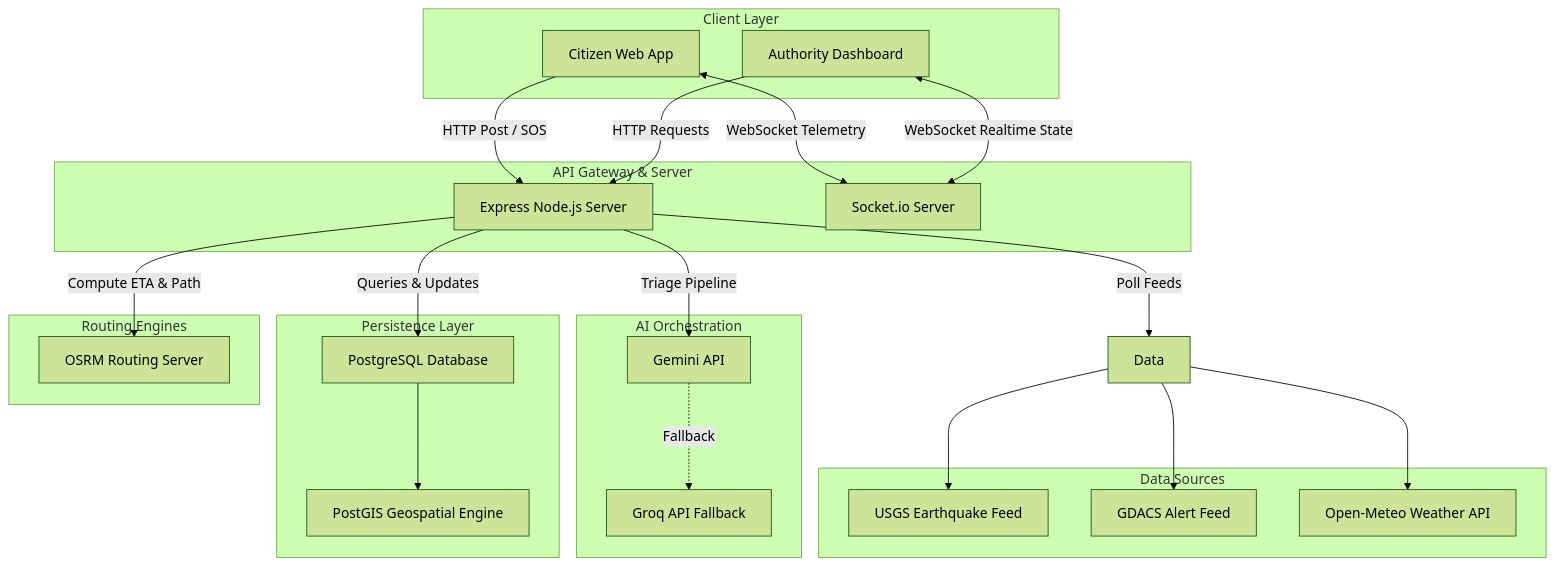
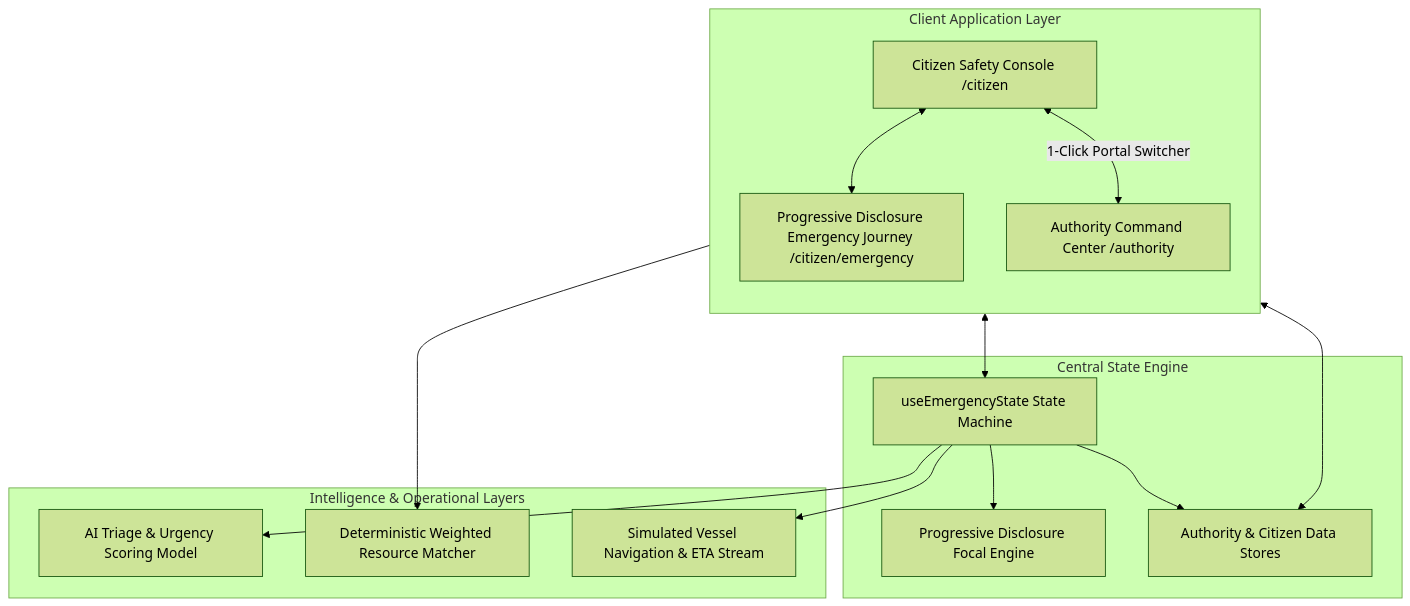
One commit to pritesh-4/SIH-2026---SALVUS changed the diagram in docs/ARCHITECTURE.md. Above: the diagram before and after it, drawn with Mermaid (forest theme). The commit also changed other lines of this file and 10 other files, not shown here.

````diff
--- a/docs/ARCHITECTURE.md
+++ b/docs/ARCHITECTURE.md
@@ -7,53 +9,34 @@
 ```mermaid
 graph TB
-    subgraph Client Layer
-        CitizenApp[Citizen Web App]
-        AdminApp[Authority Dashboard]
+    subgraph Client Application Layer
+        direction TB
+        CitizenPortal[Citizen Safety Console /citizen]
+        CitizenEmergency[Progressive Disclosure Emergency Journey /citizen/emergency]
+        AuthorityCenter[Authority Command Center /authority]
+
+        CitizenPortal <--> CitizenEmergency
+        CitizenPortal <-->|1-Click Portal Switcher| AuthorityCenter
     end
 
-    subgraph API Gateway & Server
-        Server[Express Node.js Server]
-        Sockets[Socket.io Server]
+    subgraph Central State Engine
+        StateHook[useEmergencyState State Machine]
+        ProgressiveFilter[Progressive Disclosure Focal Engine]
+        MockStore[Authority & Citizen Data Stores]
+
+        StateHook --> ProgressiveFilter
+        StateHook --> MockStore
     end
 
-    subgraph AI Orchestration
-        Gemini[Gemini API]
-        Groq[Groq API Fallback]
+    subgraph Intelligence & Operational Layers
+        AIEngine[AI Triage & Urgency Scoring Model]
+        AllocationEngine[Deterministic Weighted Resource Matcher]
+        TelemetryEngine[Simulated Vessel Navigation & ETA Stream]
     end
 
-    subgraph Data Sources
-        USGS[USGS Earthquake Feed]
-        GDACS[GDACS Alert Feed]
-        OpenMeteo[Open-Meteo Weather API]
-    end
-
-    subgraph Persistence Layer
-        PostgreSQL[PostgreSQL Database]
-        PostGIS[PostGIS Geospatial Engine]
-    end
-
-    subgraph Routing Engines
-        OSRM[OSRM Routing Server]
-    end
-
-    %% Client Communication
-    CitizenApp -->|HTTP Post / SOS| Server
-    CitizenApp <-->|WebSocket Telemetry| Sockets
-    AdminApp <-->|WebSocket Realtime State| Sockets
-    AdminApp -->|HTTP Requests| Server
-
-    %% Internal Orchestration
-    Server -->|Triage Pipeline| Gemini
-    Gemini -.->|Fallback| Groq
-    Server -->|Poll Feeds| Data
-    Data --> GDACS
-    Data --> USGS
-    Data --> OpenMeteo
-
-    %% Persistence
-    Server -->|Queries & Updates| PostgreSQL
-    PostgreSQL --> PostGIS
-
-    %% Routing
-    Server -->|Compute ETA & Path| OSRM
+    %% Wiring
+    CitizenEmergency <--> StateHook
+    AuthorityCenter <--> MockStore
+    StateHook --> AIEngine
+    AuthorityCenter --> AllocationEngine
+    StateHook --> TelemetryEngine
 ```
````
